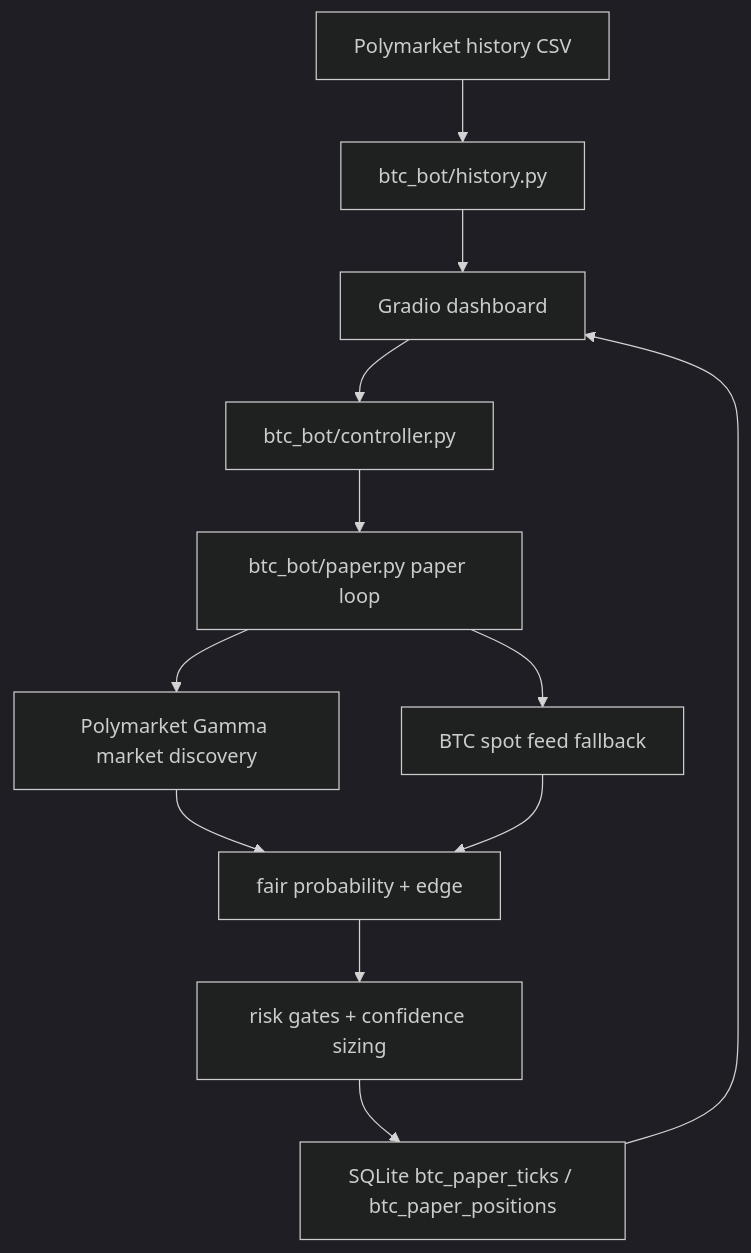
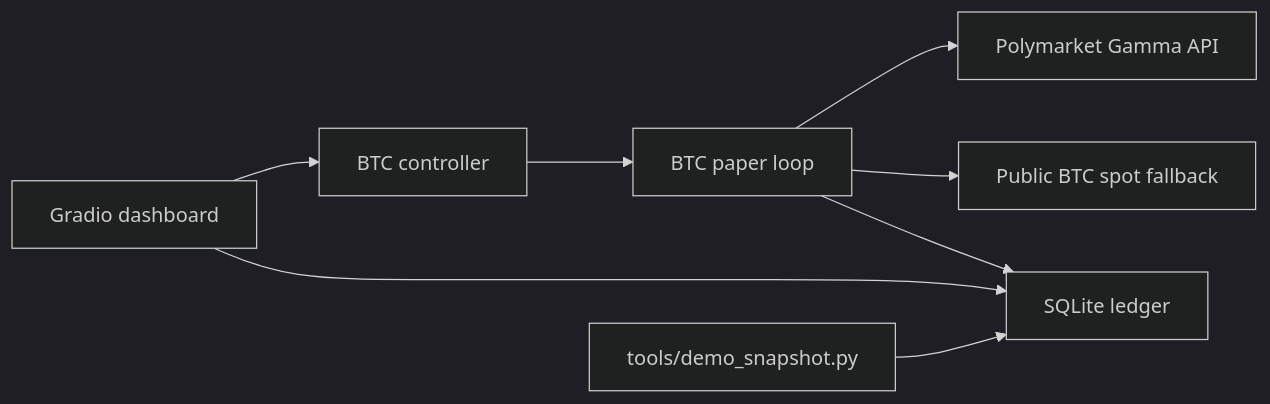
One commit to zayansalman/polymarket-trading-ops-demo changed the diagram in docs/ARCHITECTURE.md. Above: the diagram before and after it, drawn with Mermaid (dark theme). The commit also changed other lines of this file and 28 other files, not shown here.

Commit message:
Strip demo to BTC 5m paper trading

````diff
--- a/docs/ARCHITECTURE.md
+++ b/docs/ARCHITECTURE.md
@@ -3,14 +5,10 @@
 ```mermaid
-flowchart TD
-    UI["Gradio dashboard"] --> CTRL["btc_bot/controller.py"]
-    CTRL --> LOOP["btc_bot/paper.py paper loop"]
-    LOOP --> DISC["Polymarket Gamma market discovery"]
-    LOOP --> SPOT["BTC spot feed fallback"]
-    DISC --> SIGNAL["fair probability + edge"]
-    SPOT --> SIGNAL
-    SIGNAL --> RISK["risk gates + confidence sizing"]
-    RISK --> LEDGER["SQLite btc_paper_ticks / btc_paper_positions"]
-    LEDGER --> UI
-    HIST["Polymarket history CSV"] --> BASE["btc_bot/history.py"]
-    BASE --> UI
+flowchart LR
+  UI["Gradio dashboard"] --> Controller["BTC controller"]
+  Controller --> Paper["BTC paper loop"]
+  Paper --> Gamma["Polymarket Gamma API"]
+  Paper --> Binance["Public BTC spot fallback"]
+  Paper --> DB["SQLite ledger"]
+  UI --> DB
+  Snapshot["tools/demo_snapshot.py"] --> DB
 ```
````
